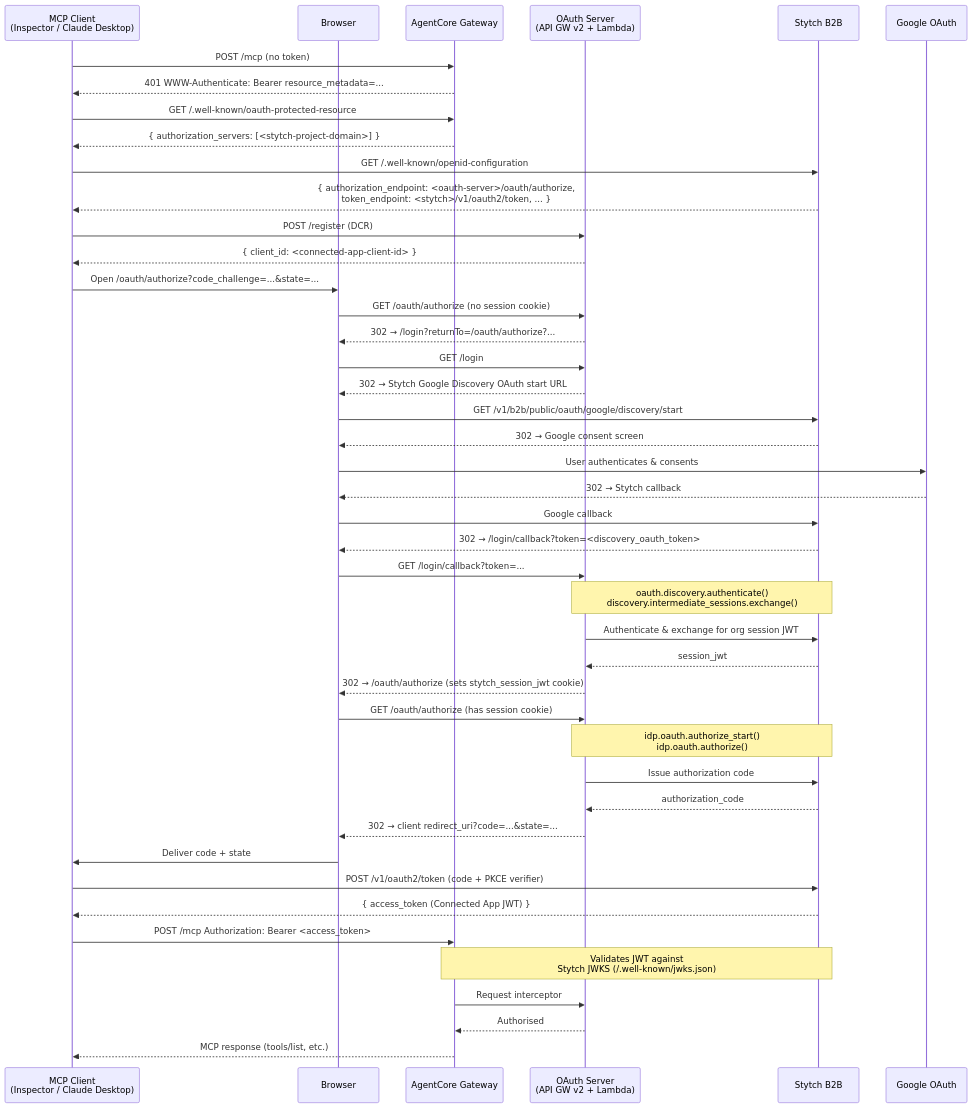
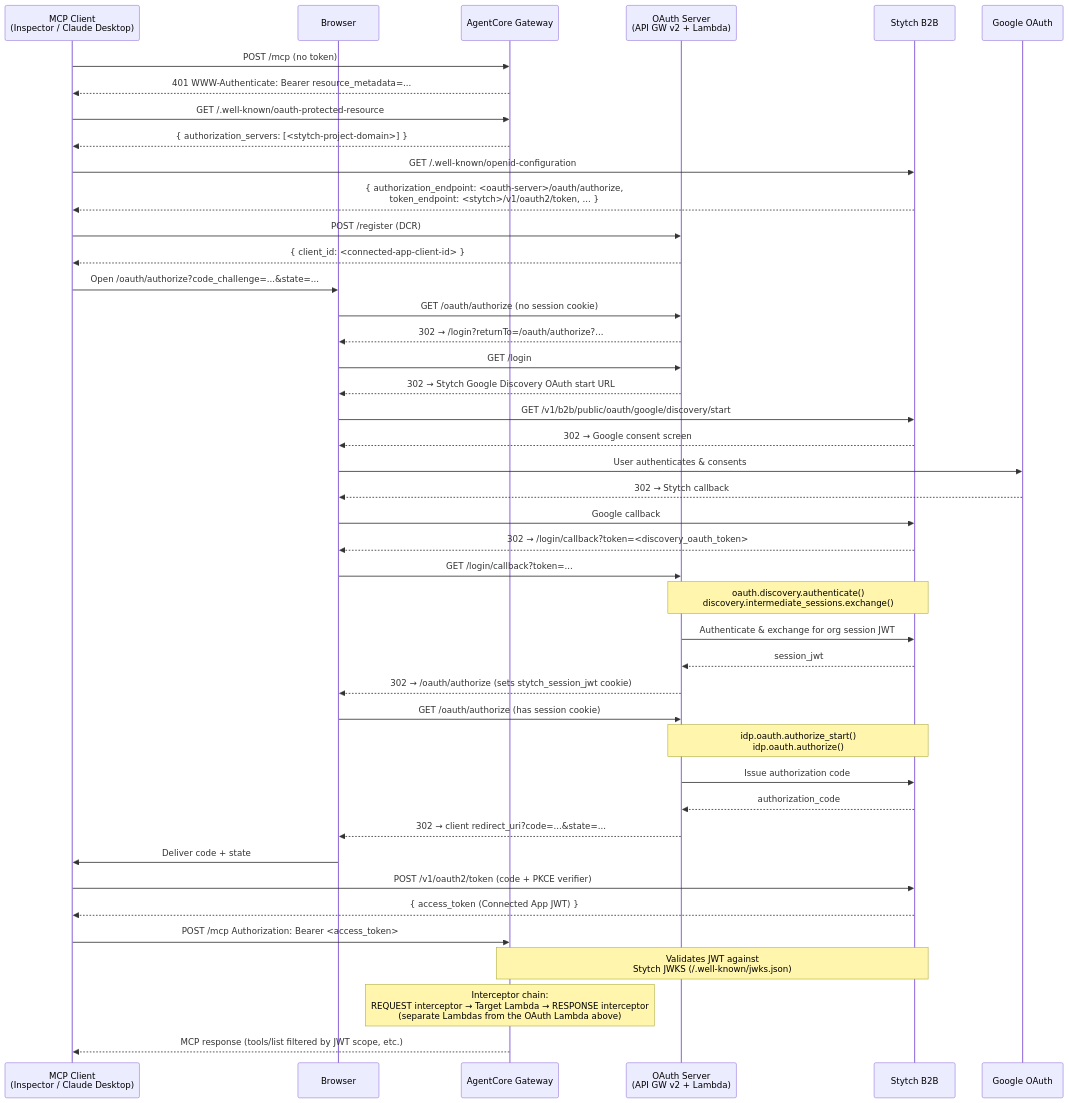
The second of 2 diagrams in README.md (jmfajardod/claude-code-access-gateway-auth), drawn with Mermaid before and after one commit. The commit also changed other lines of this file and 1 other file, not shown here.

Commit message:
feat: Enhance OAuth error handling and support for custom scopes in Stytch integration

````diff
--- a/README.md
+++ b/README.md
@@ -55,60 +55,59 @@
 ```mermaid
 sequenceDiagram
     participant Client as MCP Client<br/>(Inspector / Claude Desktop)
     participant Browser as Browser
     participant Gateway as AgentCore Gateway
     participant OAuthLambda as OAuth Server<br/>(API GW v2 + Lambda)
     participant Stytch as Stytch B2B
     participant Google as Google OAuth
 
     Client->>Gateway: POST /mcp (no token)
     Gateway-->>Client: 401 WWW-Authenticate: Bearer resource_metadata=...
 
     Client->>Gateway: GET /.well-known/oauth-protected-resource
     Gateway-->>Client: { authorization_servers: [<stytch-project-domain>] }
 
     Client->>Stytch: GET /.well-known/openid-configuration
     Stytch-->>Client: { authorization_endpoint: <oauth-server>/oauth/authorize,<br/>token_endpoint: <stytch>/v1/oauth2/token, ... }
 
     Client->>OAuthLambda: POST /register (DCR)
     OAuthLambda-->>Client: { client_id: <connected-app-client-id> }
 
     Client->>Browser: Open /oauth/authorize?code_challenge=...&state=...
     Browser->>OAuthLambda: GET /oauth/authorize (no session cookie)
     OAuthLambda-->>Browser: 302 → /login?returnTo=/oauth/authorize?...
 
     Browser->>OAuthLambda: GET /login
     OAuthLambda-->>Browser: 302 → Stytch Google Discovery OAuth start URL
 
     Browser->>Stytch: GET /v1/b2b/public/oauth/google/discovery/start
     Stytch-->>Browser: 302 → Google consent screen
 
     Browser->>Google: User authenticates & consents
     Google-->>Browser: 302 → Stytch callback
 
     Browser->>Stytch: Google callback
     Stytch-->>Browser: 302 → /login/callback?token=<discovery_oauth_token>
 
     Browser->>OAuthLambda: GET /login/callback?token=...
     Note over OAuthLambda,Stytch: oauth.discovery.authenticate()<br/>discovery.intermediate_sessions.exchange()
     OAuthLambda->>Stytch: Authenticate & exchange for org session JWT
     Stytch-->>OAuthLambda: session_jwt
     OAuthLambda-->>Browser: 302 → /oauth/authorize (sets stytch_session_jwt cookie)
 
     Browser->>OAuthLambda: GET /oauth/authorize (has session cookie)
     Note over OAuthLambda,Stytch: idp.oauth.authorize_start()<br/>idp.oauth.authorize()
     OAuthLambda->>Stytch: Issue authorization code
     Stytch-->>OAuthLambda: authorization_code
     OAuthLambda-->>Browser: 302 → client redirect_uri?code=...&state=...
 
     Browser->>Client: Deliver code + state
 
     Client->>Stytch: POST /v1/oauth2/token (code + PKCE verifier)
     Stytch-->>Client: { access_token (Connected App JWT) }
 
     Client->>Gateway: POST /mcp Authorization: Bearer <access_token>
     Note over Gateway,Stytch: Validates JWT against<br/>Stytch JWKS (/.well-known/jwks.json)
-    Gateway->>OAuthLambda: Request interceptor
-    OAuthLambda-->>Gateway: Authorised
-    Gateway-->>Client: MCP response (tools/list, etc.)
+    Note over Gateway: Interceptor chain:<br/>REQUEST interceptor → Target Lambda → RESPONSE interceptor<br/>(separate Lambdas from the OAuth Lambda above)
+    Gateway-->>Client: MCP response (tools/list filtered by JWT scope, etc.)
 ```
````
